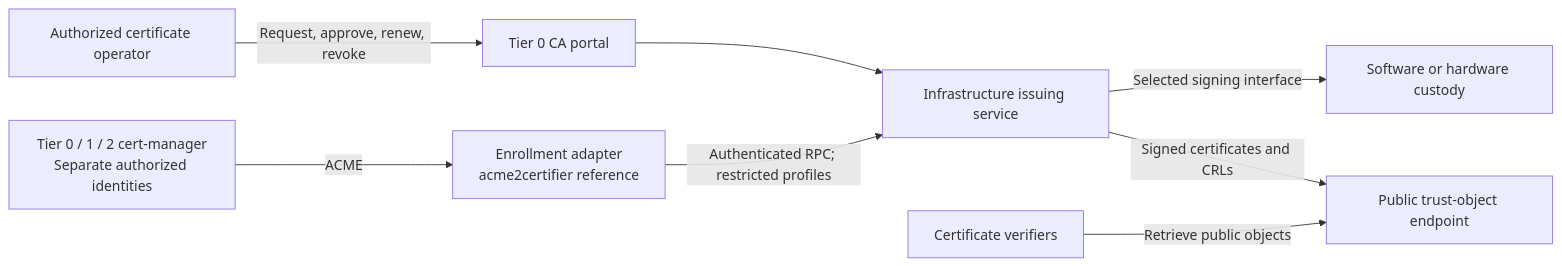
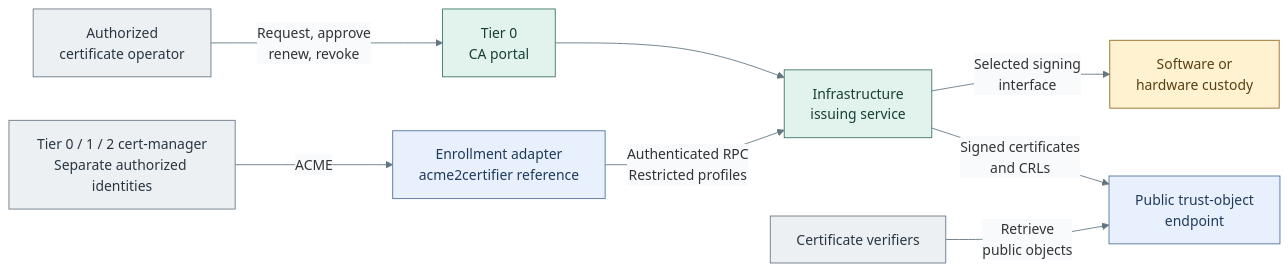
One commit to Rexus/homelab changed the second of 2 diagrams in docs/architecture/cryptography/certificate-authority.md. Above: the diagram before and after it, drawn with Mermaid. The commit also changed other lines of this file and 49 other files, not shown here.

Commit message:
docs(diagrams): clarify tier layouts and visual styles

````diff
--- a/docs/architecture/cryptography/certificate-authority.md
+++ b/docs/architecture/cryptography/certificate-authority.md
@@ -58,10 +66,20 @@
 ```mermaid
+%%{init: {"theme":"base","themeVariables":{"lineColor":"#627581","edgeLabelBackground":"#f8fafc"}}}%%
 flowchart LR
-  Operator["Authorized certificate operator"] -->|Request, approve, renew, revoke| Portal["Tier 0 CA portal"]
+  Operator["Authorized<br/>certificate operator"] -->|Request, approve<br/>renew, revoke| Portal["Tier 0<br/>CA portal"]
   Clusters["Tier 0 / 1 / 2 cert-manager<br/>Separate authorized identities"] -->|ACME| Bridge["Enrollment adapter<br/>acme2certifier reference"]
-  Portal --> Issuer["Infrastructure issuing service"]
-  Bridge -->|Authenticated RPC; restricted profiles| Issuer
-  Issuer -->|Selected signing interface| Keys["Software or hardware custody"]
-  Issuer -->|Signed certificates and CRLs| Publication["Public trust-object endpoint"]
-  Clients["Certificate verifiers"] -->|Retrieve public objects| Publication
+  Portal --> Issuer["Infrastructure<br/>issuing service"]
+  Bridge -->|Authenticated RPC<br/>Restricted profiles| Issuer
+  Issuer -->|Selected signing<br/>interface| Keys["Software or<br/>hardware custody"]
+  Issuer -->|Signed certificates<br/>and CRLs| Publication["Public trust-object<br/>endpoint"]
+  Clients["Certificate verifiers"] -->|Retrieve<br/>public objects| Publication
+  classDef default fill:#f8fafc,stroke:#64748b,color:#1f2937
+  classDef actor fill:#edf0f3,stroke:#697682,color:#293642
+  classDef control fill:#e2f3ed,stroke:#397366,color:#173f36
+  classDef services fill:#e7f0fc,stroke:#4d719b,color:#203a5b
+  classDef custody fill:#fff2d1,stroke:#926820,color:#584013
+  class Operator,Clusters,Clients actor
+  class Portal,Issuer control
+  class Bridge,Publication services
+  class Keys custody
 ```
````
